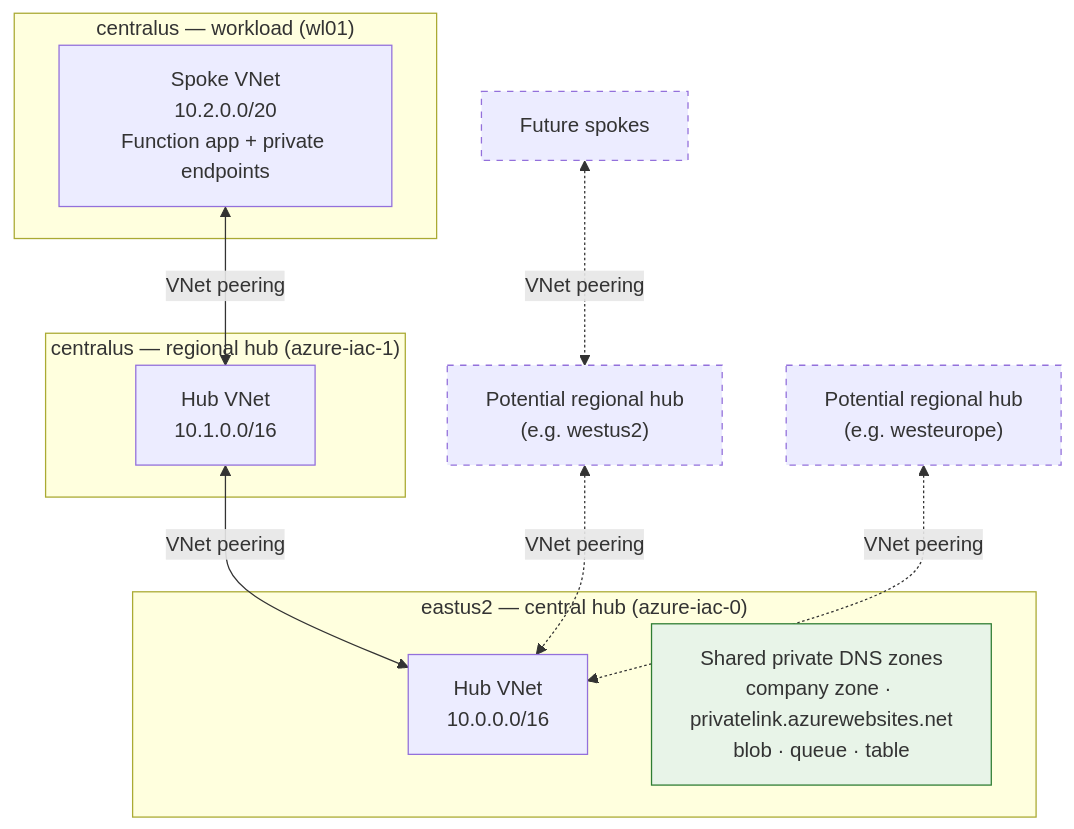
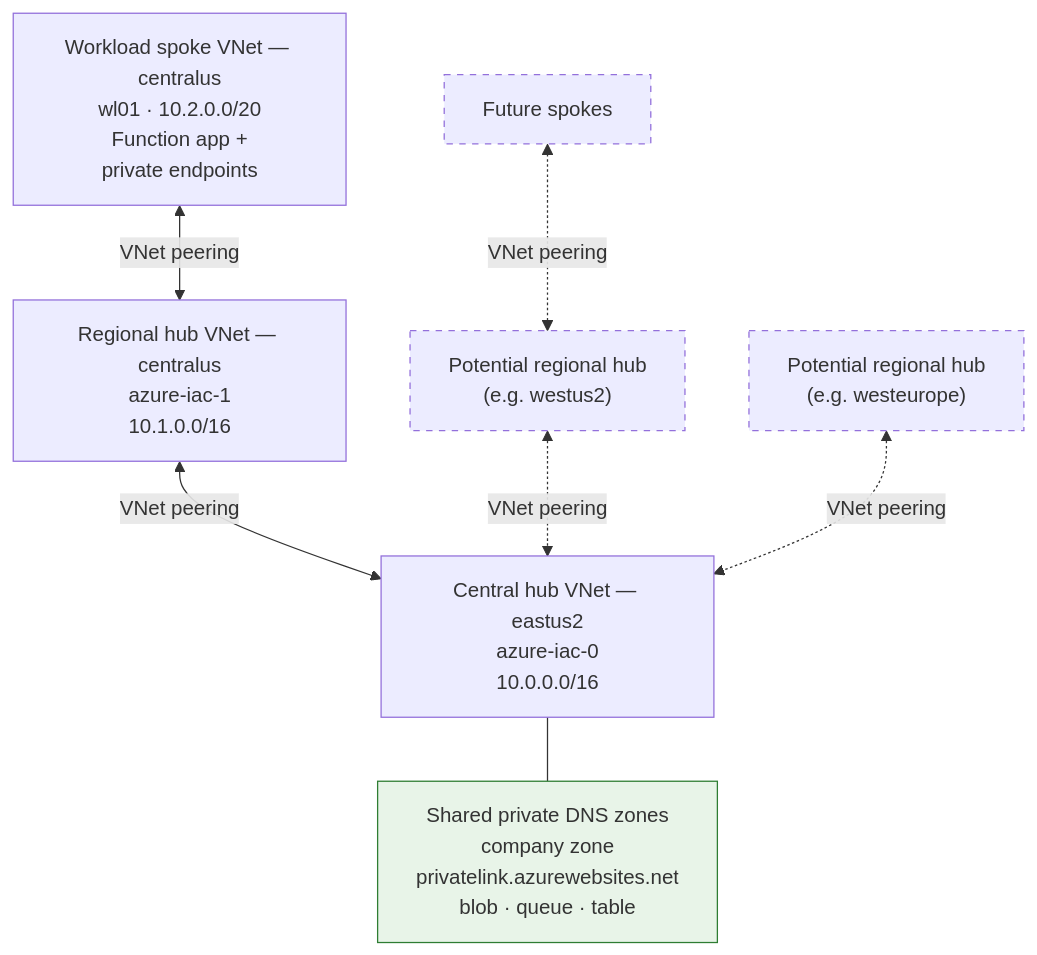
Before and after one commit to jshurak/azure-iac: the first of 2 diagrams in README.md, drawn with Mermaid. The commit also changed other lines of this file, not shown here.

Commit message:
updating diagram

````diff
--- a/README.md
+++ b/README.md
@@ -15,30 +15,23 @@
 ```mermaid
 flowchart TB
-  subgraph central["eastus2 — central hub (azure-iac-0)"]
-    HUB0["Hub VNet<br/>10.0.0.0/16"]
-    DNS["Shared private DNS zones<br/>company zone · privatelink.azurewebsites.net<br/>blob · queue · table"]
-  end
-
-  subgraph region1["centralus — regional hub (azure-iac-1)"]
-    HUB1["Hub VNet<br/>10.1.0.0/16"]
-  end
-
-  subgraph wl["centralus — workload (wl01)"]
-    SPOKE["Spoke VNet<br/>10.2.0.0/20<br/>Function app + private endpoints"]
-  end
+  HUB0["Central hub VNet — eastus2<br/>azure-iac-0<br/>10.0.0.0/16"]
+  DNS["Shared private DNS zones<br/>company zone<br/>privatelink.azurewebsites.net<br/>blob · queue · table"]
+  HUB1["Regional hub VNet — centralus<br/>azure-iac-1<br/>10.1.0.0/16"]
+  SPOKE["Workload spoke VNet — centralus<br/>wl01 · 10.2.0.0/20<br/>Function app +<br/>private endpoints"]
 
   HUBX["Potential regional hub<br/>(e.g. westus2)"]
   HUBY["Potential regional hub<br/>(e.g. westeurope)"]
   SPOKEX["Future spokes"]
 
+  HUB0 --- DNS
   HUB1 <-- "VNet peering" --> HUB0
   SPOKE <-- "VNet peering" --> HUB1
   HUBX <-. "VNet peering" .-> HUB0
   HUBY <-. "VNet peering" .-> HUB0
   SPOKEX <-. "VNet peering" .-> HUBX
 
   style DNS fill:#e8f4e8,stroke:#2e7d32
   style HUBX stroke-dasharray: 5 5
   style HUBY stroke-dasharray: 5 5
   style SPOKEX stroke-dasharray: 5 5
 ```
````
